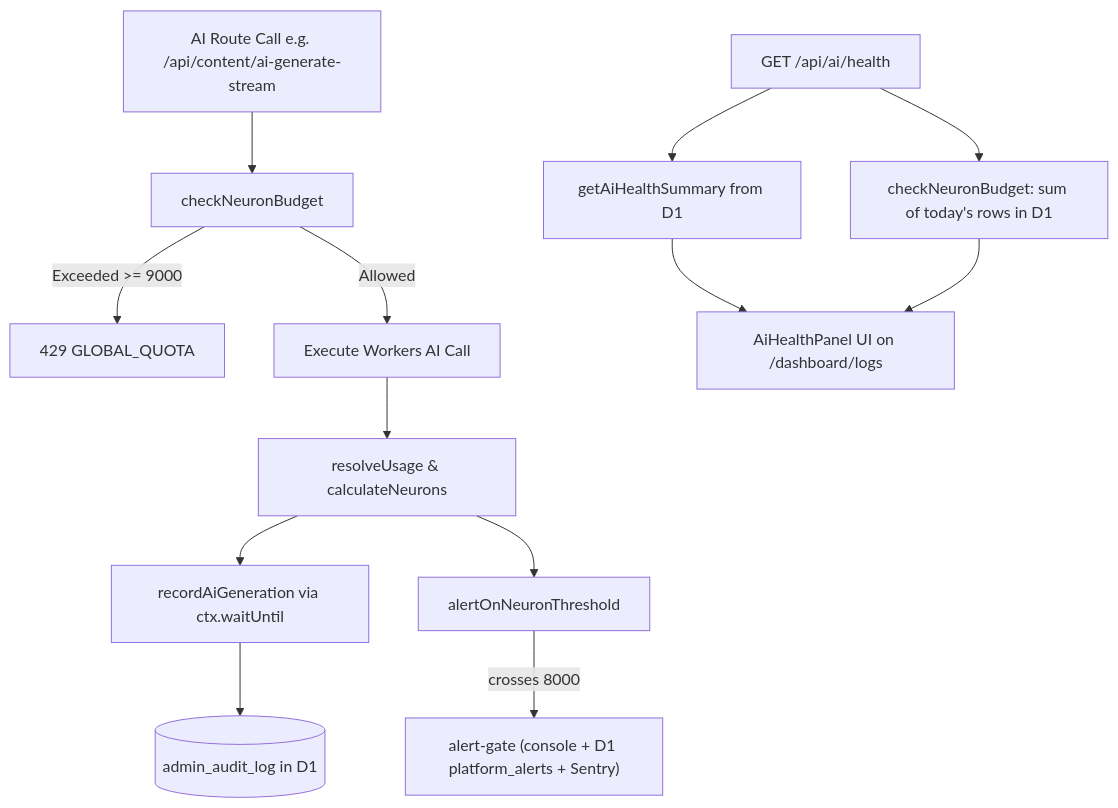
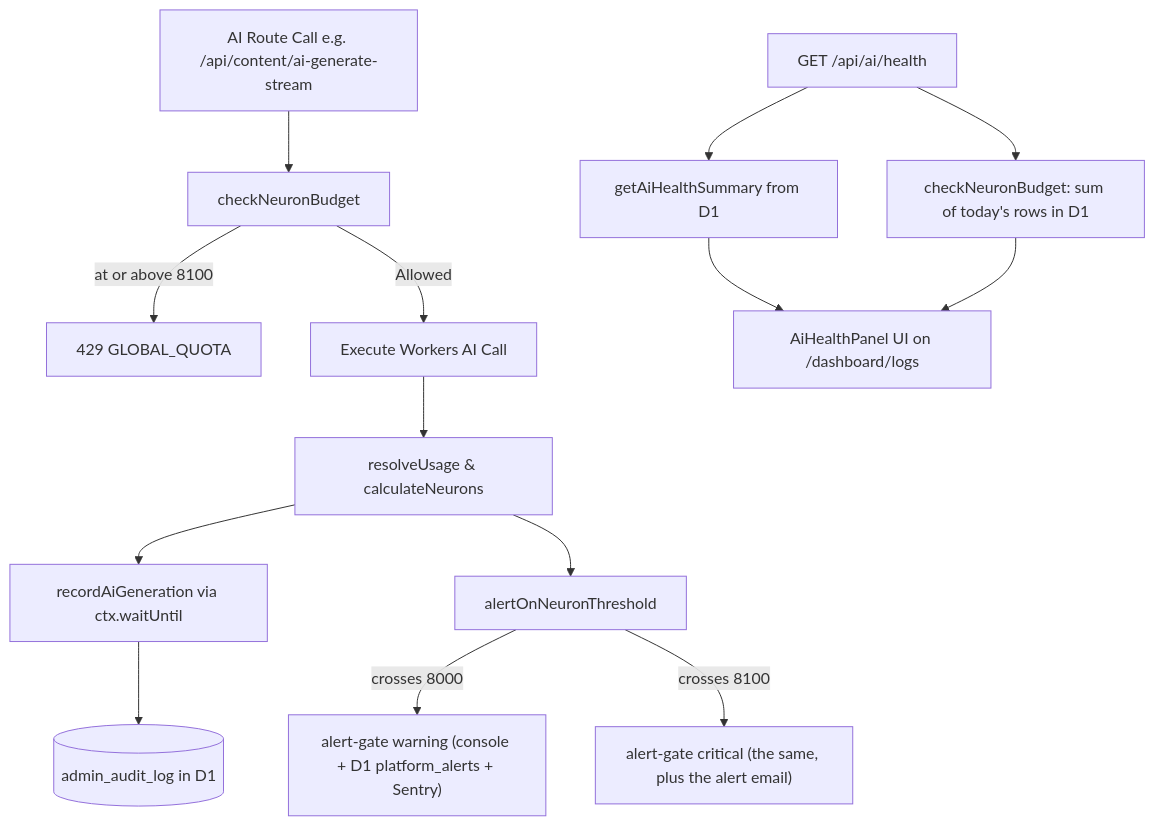
One commit to Harshil8136/chess-game1 changed the diagram in synced-docs/cf-admin/documentation/features/AI-HEALTH.md. Above: the diagram before and after it, drawn with Mermaid. The commit also changed other lines of this file and 14 other files, not shown here.

````diff
--- a/synced-docs/cf-admin/documentation/features/AI-HEALTH.md
+++ b/synced-docs/cf-admin/documentation/features/AI-HEALTH.md
@@ -213,15 +213,16 @@
 ```mermaid
 flowchart TD
     A[AI Route Call e.g. /api/content/ai-generate-stream] --> B[checkNeuronBudget]
-    B -- Exceeded >= 9000 --> C[429 GLOBAL_QUOTA]
+    B -- at or above 8100 --> C[429 GLOBAL_QUOTA]
     B -- Allowed --> D[Execute Workers AI Call]
     D --> E[resolveUsage & calculateNeurons]
     E --> G[recordAiGeneration via ctx.waitUntil]
     G --> H[(admin_audit_log in D1)]
     E --> I[alertOnNeuronThreshold]
-    I -- crosses 8000 --> J["alert-gate (console + D1 platform_alerts + Sentry)"]
+    I -- crosses 8000 --> J["alert-gate warning (console + D1 platform_alerts + Sentry)"]
+    I -- crosses 8100 --> J2["alert-gate critical (the same, plus the alert email)"]
 
     K[GET /api/ai/health] --> L[getAiHealthSummary from D1]
     K --> M[checkNeuronBudget: sum of today's rows in D1]
     L & M --> N[AiHealthPanel UI on /dashboard/logs]
 ```
````
